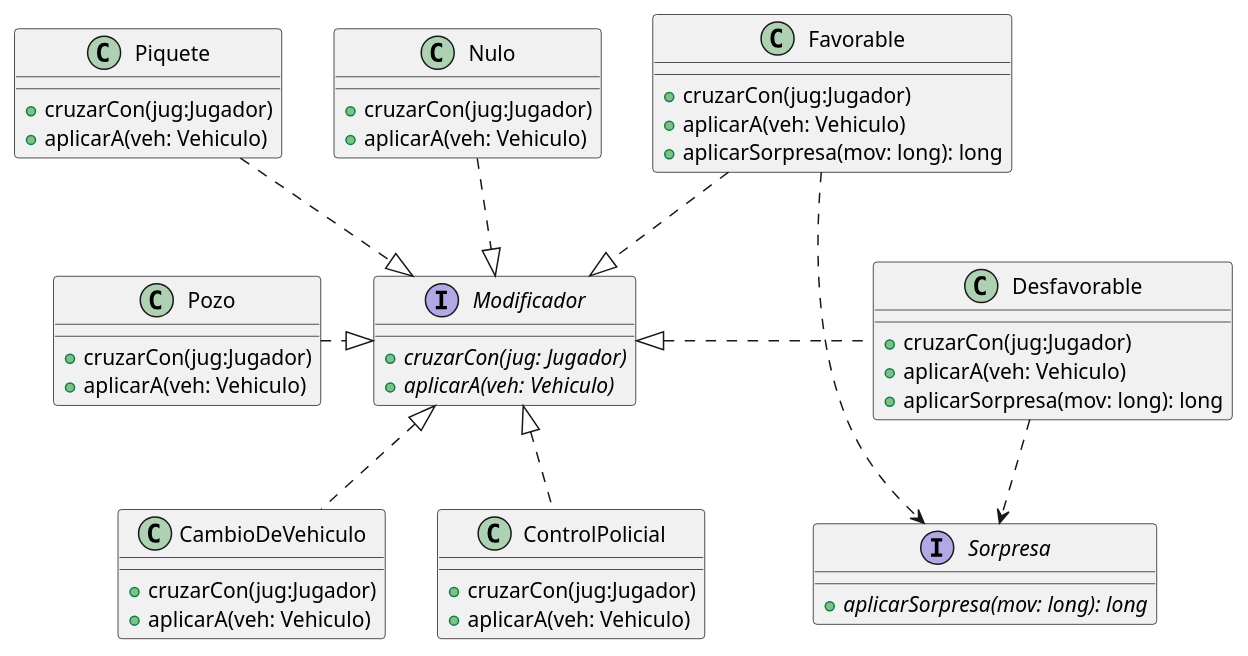
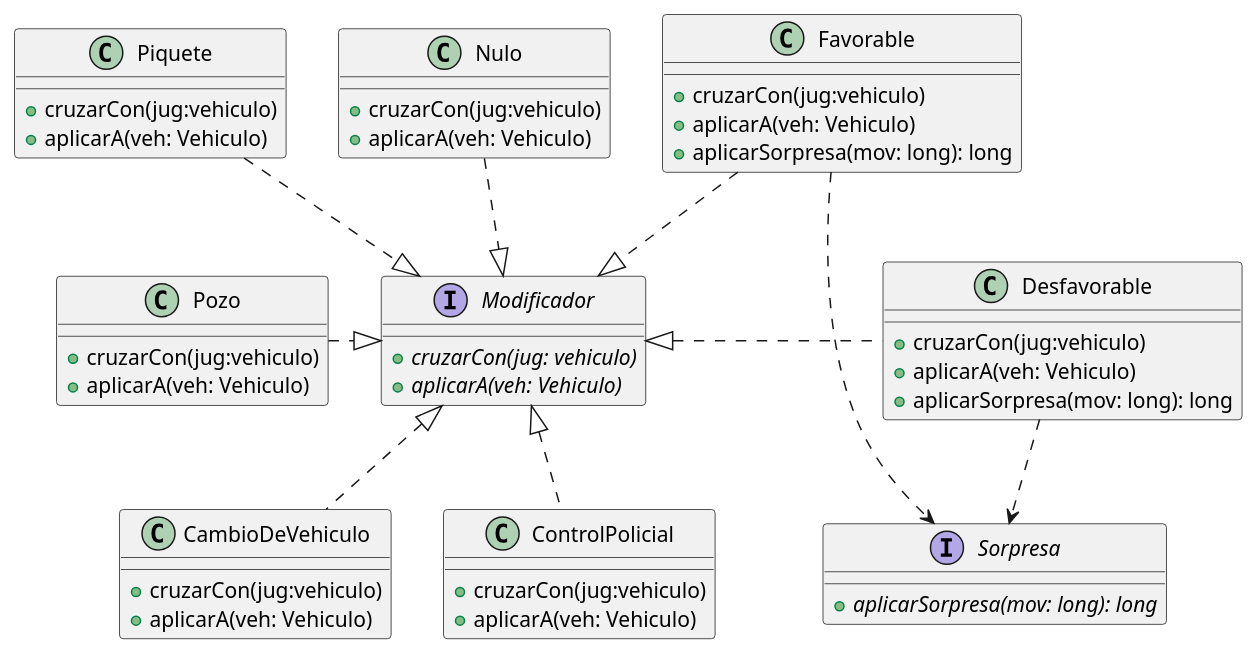
The fourth of 4 diagrams in diagrams/classes/modelo/modelo.plantuml (tomasayala/algo3_tp2_1C2022), drawn with PlantUML before and after one commit. The commit also changed other lines of this file and 44 other files, not shown here.

```diff
--- a/diagrams/classes/modelo/modelo.plantuml
+++ b/diagrams/classes/modelo/modelo.plantuml
@@ -154,59 +154,59 @@
 @startuml interface-modificador-sorpresa
 
 interface Sorpresa {
     + {abstract} aplicarSorpresa(mov: long): long
 }
 
 interface Modificador {
-    + {abstract} cruzarCon(jug: Jugador)
+    + {abstract} cruzarCon(jug: vehiculo)
     + {abstract} aplicarA(veh: Vehiculo)
 }
 
 class Pozo {
-    + cruzarCon(jug:Jugador)
+    + cruzarCon(jug:vehiculo)
     + aplicarA(veh: Vehiculo)
 }
 
 class ControlPolicial {
-    + cruzarCon(jug:Jugador)
+    + cruzarCon(jug:vehiculo)
     + aplicarA(veh: Vehiculo)
 }
 
 class Piquete {
-    + cruzarCon(jug:Jugador)
+    + cruzarCon(jug:vehiculo)
     + aplicarA(veh: Vehiculo)
 }
 
 class Favorable {
-    + cruzarCon(jug:Jugador)
+    + cruzarCon(jug:vehiculo)
     + aplicarA(veh: Vehiculo)
     + aplicarSorpresa(mov: long): long
 }
 
 class Desfavorable {
-    + cruzarCon(jug:Jugador)
+    + cruzarCon(jug:vehiculo)
     + aplicarA(veh: Vehiculo)
     + aplicarSorpresa(mov: long): long    
 }
 
 class CambioDeVehiculo {
-    + cruzarCon(jug:Jugador)
+    + cruzarCon(jug:vehiculo)
     + aplicarA(veh: Vehiculo)
 }
 
 class Nulo {
-    + cruzarCon(jug:Jugador)
+    + cruzarCon(jug:vehiculo)
     + aplicarA(veh: Vehiculo)
 }
 
 Favorable ..|> Modificador
 Desfavorable .left.|> Modificador
 CambioDeVehiculo .up.|> Modificador
 Pozo .right.|> Modificador
 Piquete ..|> Modificador
 ControlPolicial .up.|> Modificador
 Nulo ..|> Modificador
 Desfavorable ..> Sorpresa
 Favorable ..> Sorpresa
 
 @enduml
```
